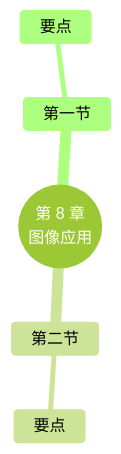
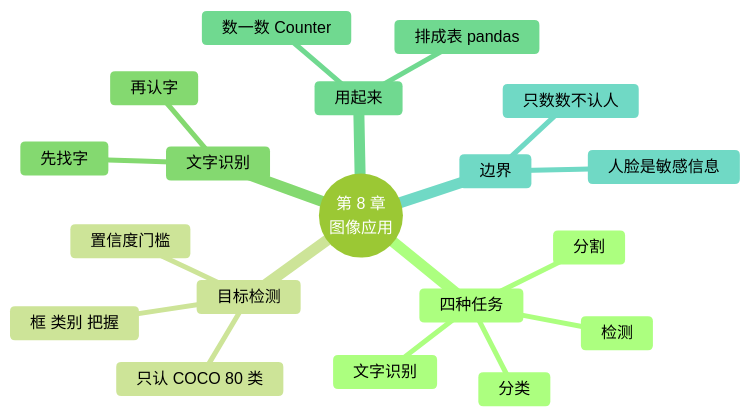
The diagram in docs/chapters/08-image-apps/index.md (MingziFu9/ai-frameworks), drawn with Mermaid (forest theme) before and after one commit. The commit also changed other lines of this file and 13 other files, not shown here.

````diff
--- a/docs/chapters/08-image-apps/index.md
+++ b/docs/chapters/08-image-apps/index.md
@@ -185,8 +555,22 @@
 ```mermaid
 mindmap
   root((第 8 章<br/>图像应用))
-    第一节
-      要点
-    第二节
-      要点
+    四种任务
+      分类
+      检测
+      分割
+      文字识别
+    目标检测
+      框 类别 把握
+      置信度门槛
+      只认 COCO 80 类
+    文字识别
+      先找字
+      再认字
+    用起来
+      数一数 Counter
+      排成表 pandas
+    边界
+      人脸是敏感信息
+      只数数不认人
 ```
````
